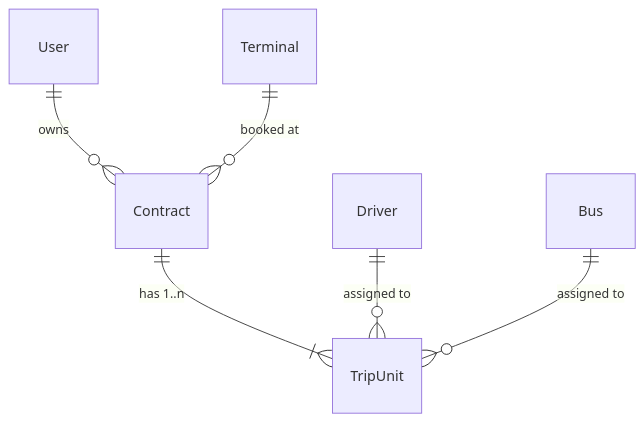
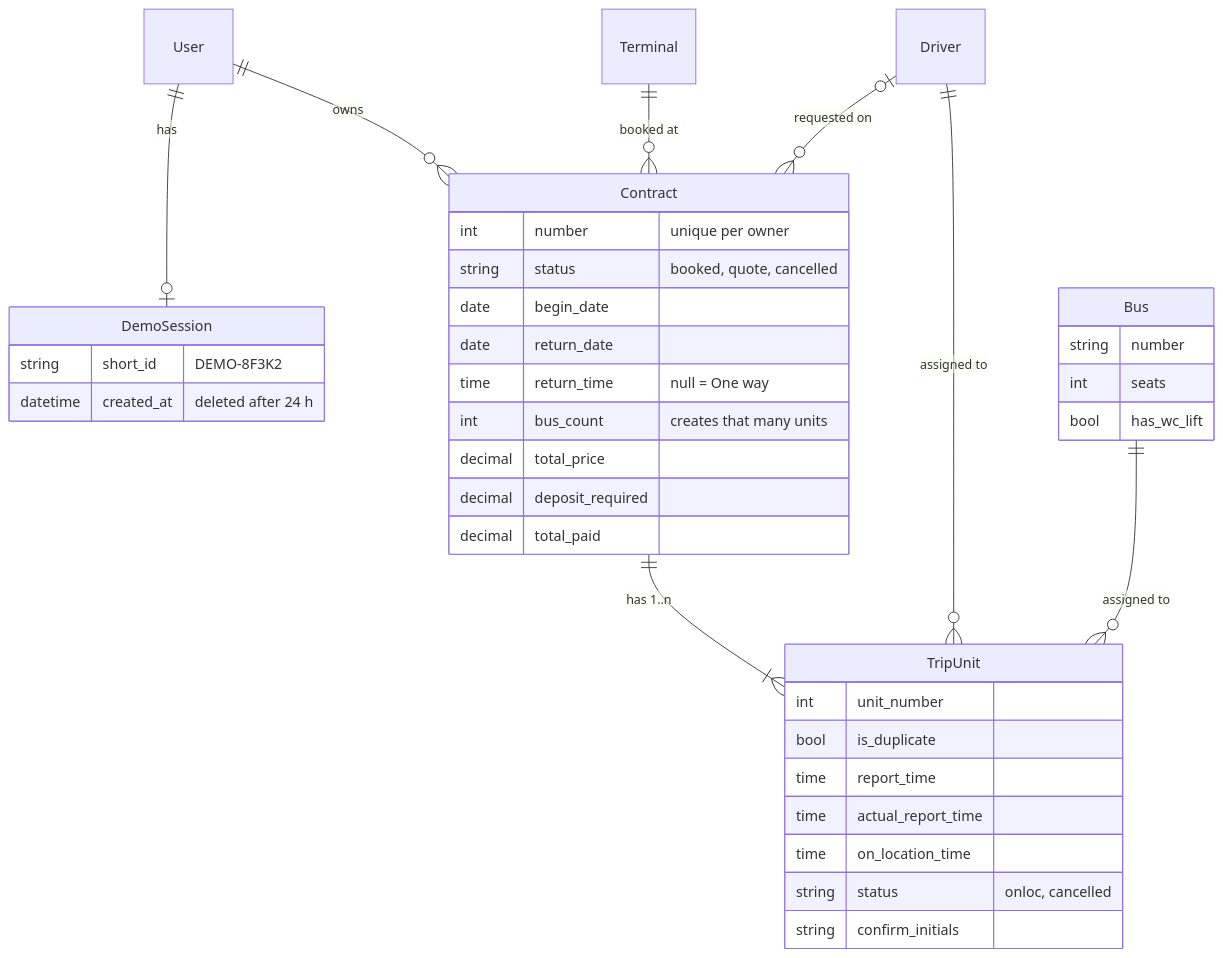
The diagram in README.md (AnthonyDanRivera/CharterStack), drawn with Mermaid before and after one commit. The commit also changed other lines of this file and 20 other files, not shown here.

````diff
--- a/README.md
+++ b/README.md
@@ -44,8 +44,40 @@
 ```mermaid
 erDiagram
+    User ||--o| DemoSession : "has"
     User ||--o{ Contract : owns
     Contract ||--|{ TripUnit : "has 1..n"
     Terminal ||--o{ Contract : "booked at"
     Driver ||--o{ TripUnit : "assigned to"
     Bus ||--o{ TripUnit : "assigned to"
+    Driver |o--o{ Contract : "requested on"
+
+    DemoSession {
+        string short_id "DEMO-8F3K2"
+        datetime created_at "deleted after 24 h"
+    }
+    Contract {
+        int number "unique per owner"
+        string status "booked, quote, cancelled"
+        date begin_date
+        date return_date
+        time return_time "null = One way"
+        int bus_count "creates that many units"
+        decimal total_price
+        decimal deposit_required
+        decimal total_paid
+    }
+    TripUnit {
+        int unit_number
+        bool is_duplicate
+        time report_time
+        time actual_report_time
+        time on_location_time
+        string status "onloc, cancelled"
+        string confirm_initials
+    }
+    Bus {
+        string number
+        int seats
+        bool has_wc_lift
+    }
 ```
````
